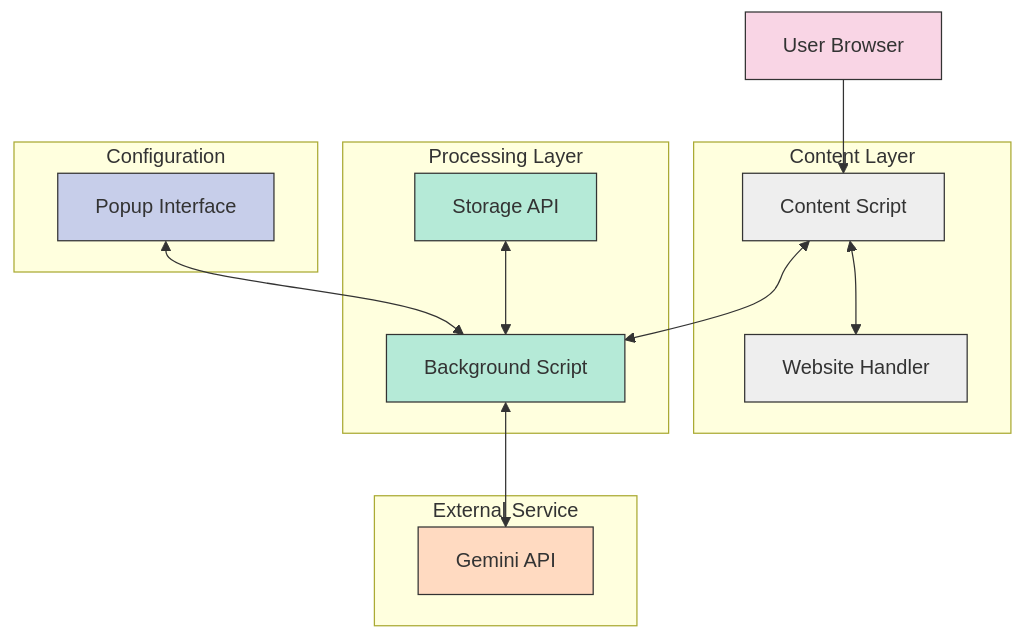
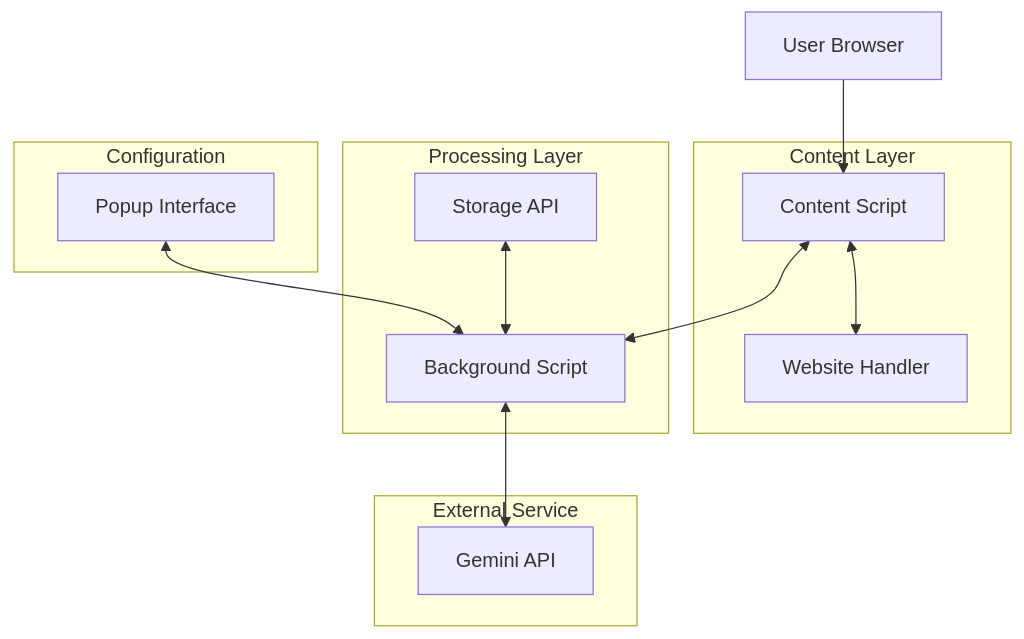
The first of 4 diagrams in ARCHITECTURE.md (Life-Experimentalist/RanobeGemini), drawn with Mermaid before and after one commit. The commit also changed 5 other files, not shown here.

Commit message:
chore: Update architecture documentation, changelog, and license; fix icon references in manifest

````diff
--- a/ARCHITECTURE.md
+++ b/ARCHITECTURE.md
@@ -11,39 +11,33 @@
 ```mermaid
 graph TD
     A[User Browser] --> B[Content Script]
     B <--> C[Website Handler]
     B <--> D[Background Script]
     D <--> E[Gemini API]
     F[Popup Interface] <--> D
     G[Storage API] <--> D
 
     subgraph "Content Layer"
         B
         C
     end
 
     subgraph "Processing Layer"
         D
         G
     end
 
     subgraph "External Service"
         E
     end
 
     subgraph "Configuration"
         F
     end
 
-    classDef browser fill:#f9d5e5,stroke:#333;
-    classDef content fill:#eeeeee,stroke:#333;
-    classDef processing fill:#b5ead7,stroke:#333;
-    classDef external fill:#ffdac1,stroke:#333;
-    classDef config fill:#c7ceea,stroke:#333;
-
     class A browser;
     class B,C content;
     class D,G processing;
     class E external;
     class F config;
 ```
````
